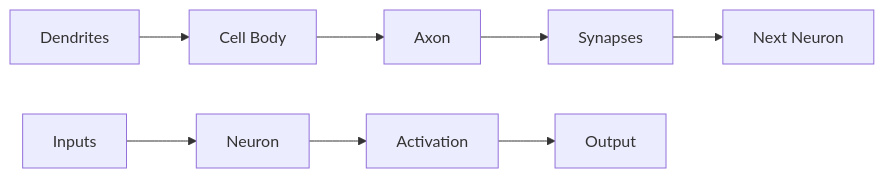
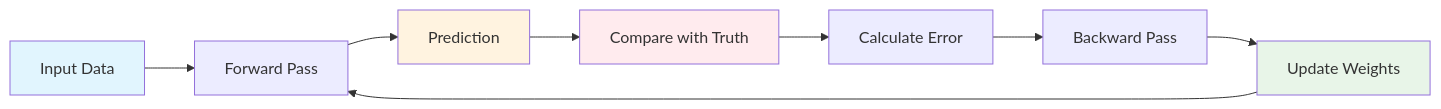
One commit to nvgr-GenAI/my-learning changed the fifth of 7 diagrams in docs/genai/fundamentals/neural-networks.md. Above: the diagram before and after it, drawn with Mermaid. The commit also changed other lines of this file and 6 other files, not shown here.

````diff
--- a/docs/genai/fundamentals/neural-networks.md
+++ b/docs/genai/fundamentals/neural-networks.md
@@ -12,11 +192,15 @@
 ```mermaid
 graph LR
-    A[Dendrites] --> B[Cell Body]
-    B --> C[Axon]
-    C --> D[Synapses]
-    D --> E[Next Neuron]
+    A[Input Data] --> B[Forward Pass]
+    B --> C[Prediction]
+    C --> D[Compare with Truth]
+    D --> E[Calculate Error]
+    E --> F[Backward Pass]
+    F --> G[Update Weights]
+    G --> B
     
-    F[Inputs] --> G[Neuron]
-    G --> H[Activation]
-    H --> I[Output]
+    style A fill:#e1f5fe
+    style C fill:#fff3e0
+    style D fill:#ffebee
+    style G fill:#e8f5e8
 ```
````
